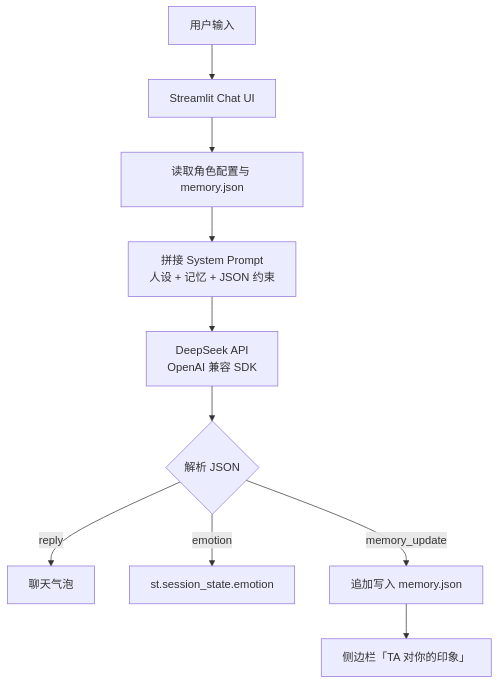
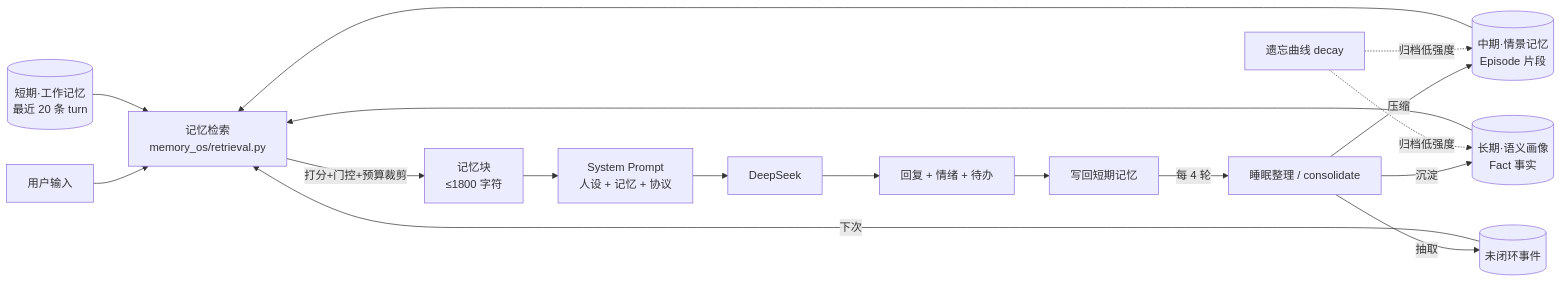
The diagram in README.md (l639-lds/Emotional-Agent), drawn with Mermaid before and after one commit. The commit also changed other lines of this file and 42 other files, not shown here.

````diff
--- a/README.md
+++ b/README.md
@@ -43,12 +73,19 @@
 ```mermaid
-flowchart TD
-    U[用户输入] --> UI[Streamlit Chat UI]
-    UI --> R[读取角色配置与 memory.json]
-    R --> P[拼接 System Prompt<br/>人设 + 记忆 + JSON 约束]
-    P --> D[DeepSeek API<br/>OpenAI 兼容 SDK]
-    D --> J{解析 JSON}
-    J -->|reply| C[聊天气泡]
-    J -->|emotion| E[st.session_state.emotion]
-    J -->|memory_update| M[追加写入 memory.json]
-    M --> S[侧边栏「TA 对你的印象」]
+flowchart LR
+    U[用户输入] --> R[记忆检索<br/>memory_os/retrieval.py]
+    S[(短期·工作记忆<br/>最近 20 条 turn)] --> R
+    M[(中期·情景记忆<br/>Episode 片段)] --> R
+    L[(长期·语义画像<br/>Fact 事实)] --> R
+    R -->|打分+门控+预算裁剪| B[记忆块<br/>≤1800 字符]
+    B --> P[System Prompt<br/>人设 + 记忆 + 协议]
+    P --> LLM[DeepSeek]
+    LLM --> A[回复 + 情绪 + 待办]
+    A --> W[写回短期记忆]
+    W -->|每 4 轮| C[睡眠整理 / consolidate]
+    C -->|压缩| M
+    C -->|沉淀| L
+    C -->|抽取| O[(未闭环事件)]
+    O -->|下次| R
+    D[遗忘曲线 decay] -.归档低强度.-> M
+    D -.归档低强度.-> L
 ```
````
